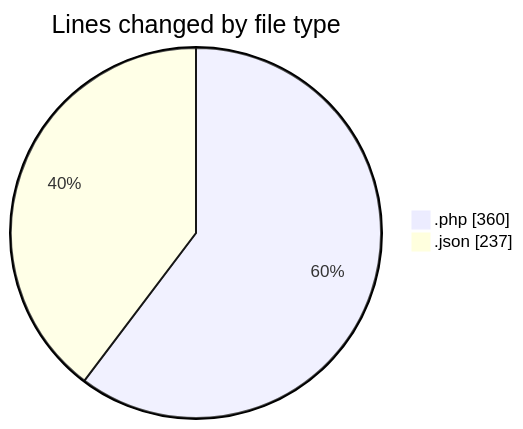
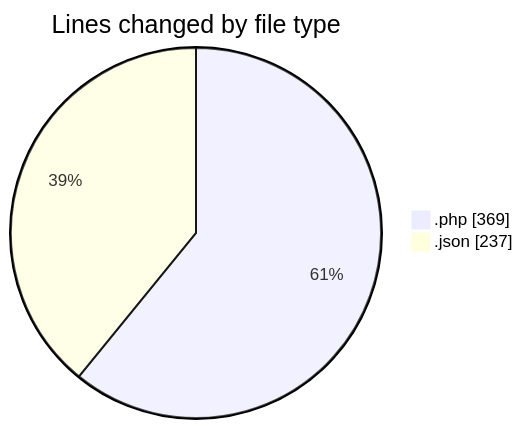
One commit to idhammustaqopulfikri/code-tracking changed the first of 2 diagrams in 2025-06-09/studio-backend/README.md. Above: the diagram before and after it, drawn with Mermaid. The commit also changed other lines of this file and 1 other file, not shown here.

````diff
--- a/2025-06-09/studio-backend/README.md
+++ b/2025-06-09/studio-backend/README.md
@@ -23,6 +23,6 @@
 ```mermaid
 pie showData
 title Lines changed by file type
-".php" : 360
+".php" : 369
 ".json" : 237
 ```
````
